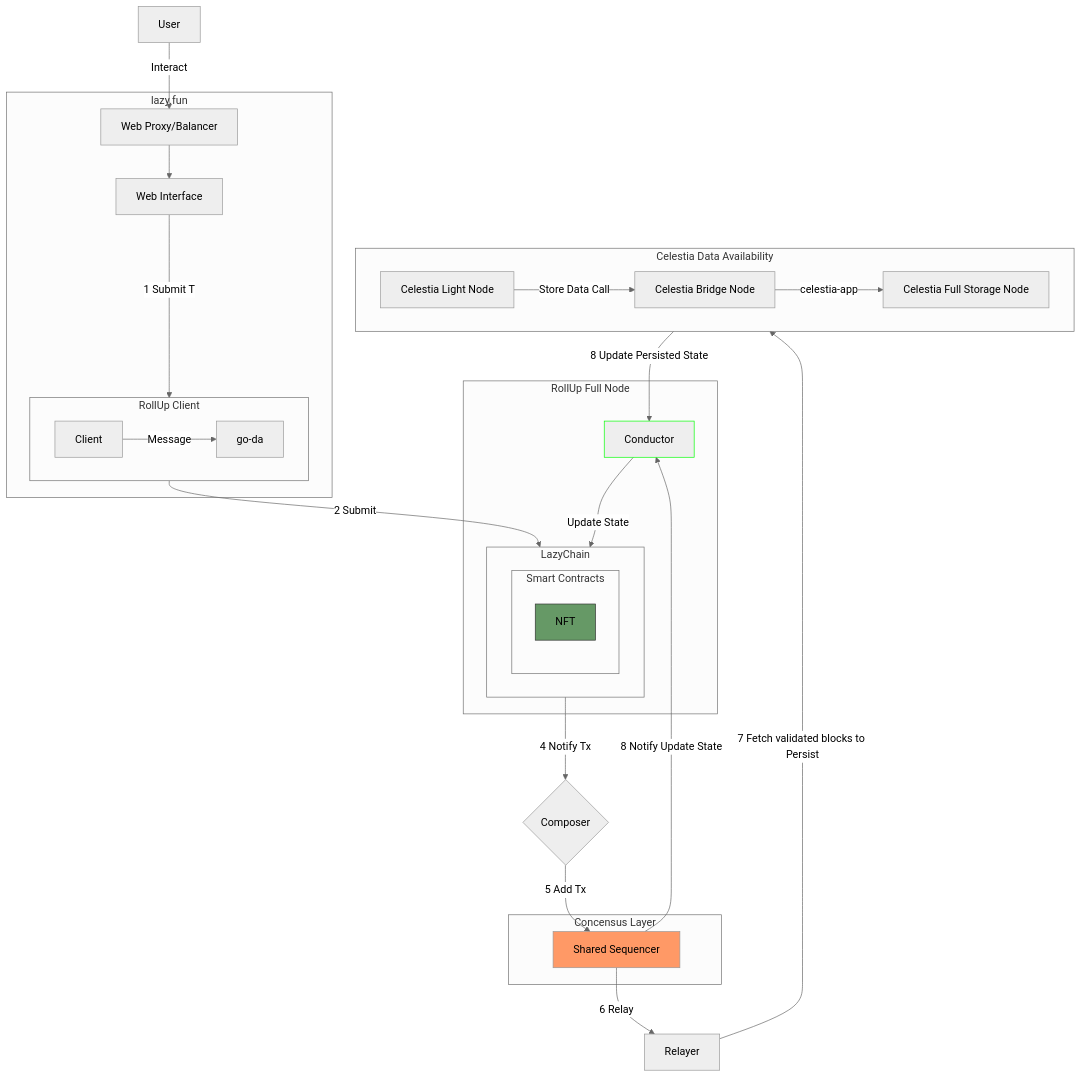
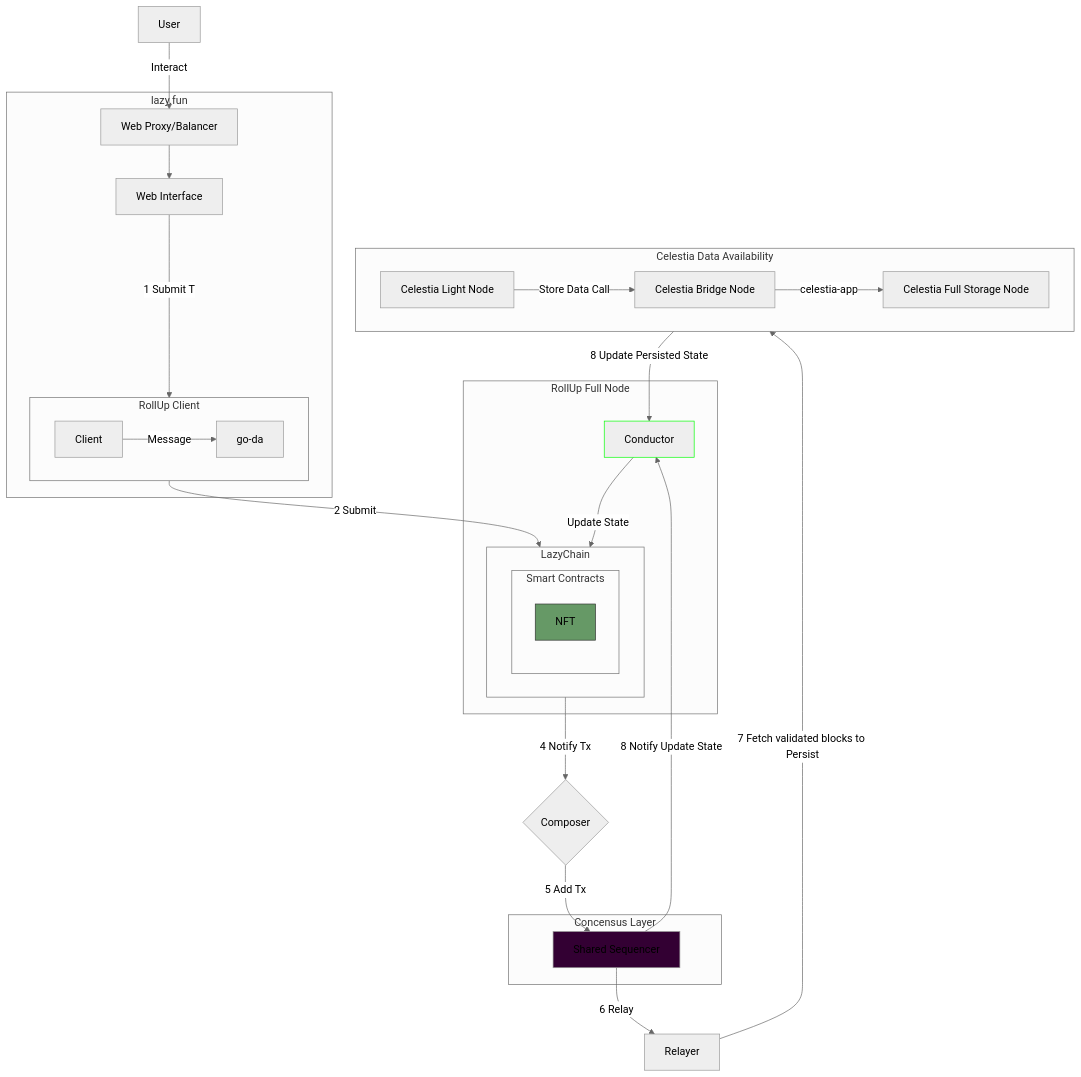
One commit to Lazychain/docs changed the second of 5 diagrams in learn/adr/0013-astria.md. Above: the diagram before and after it, drawn with Mermaid (neutral theme). The commit also changed other lines of this file, not shown here.

Commit message:
feat: Add astria architecture

````diff
--- a/learn/adr/0013-astria.md
+++ b/learn/adr/0013-astria.md
@@ -85,60 +86,61 @@
 ```mermaid
 flowchart TB
     User["User"]
 
     subgraph Frontend["lazy.fun"]
         subgraph RKC["RollUp Client"]
             RKC_A["Client"] 
             RKC_B["go-da"] 
             RKC_A-- "Message" -->RKC_B
         end
         Proxy["Web Proxy/Balancer"]
         UI["Web Interface"]
         Proxy --> UI
     end
 
     subgraph RollUp["RollUp Full Node"]
         subgraph C["LazyChain"]
             subgraph RU_SC["Smart Contracts"]
                 RK_SC_721["NFT"]
             end
         end
         G[Conductor]
     end
     subgraph Concensus["Concensus Layer"]
         E[Shared Sequencer]
     end
 
     D{Composer}
     F[Relayer]
 
     subgraph Celestia["Celestia Data Availability"]
         CL_LN["Celestia Light Node"]
         CL_BN["Celestia Bridge Node"] 
         CL_FN["Celestia Full Storage Node"]
 
         CL_LN-- "Store Data Call" --> CL_BN
         CL_BN-- "celestia-app" -->CL_FN
     end
 
     User -- Interact --> Proxy
     UI --1 Submit Tx--> RKC
     RKC -- 2 Submit --> C
     C -- 4 Notify Tx --> D
     D -- 5 Add Tx -->E
     E -- 6 Relay --> F
     F -- 7 Fetch validated blocks to Persist --> Celestia
     Celestia -- 8 Update Persisted State --> G
     E -- 8 Notify Update State --> G
     G -- Update State --> C 
 
     classDef green fill:#696,stroke:#333;
     classDef purple fill:#969,stroke:#333;
     classDef orange fill:#f96
     classDef bar stroke:#0f0
+    classDef blue fill:#303
     class RK_GF purple
     class RK_SEQ green
     class RK_SC_721 green
-    class E orange
+    class E blue
     class G bar
 ```
````
